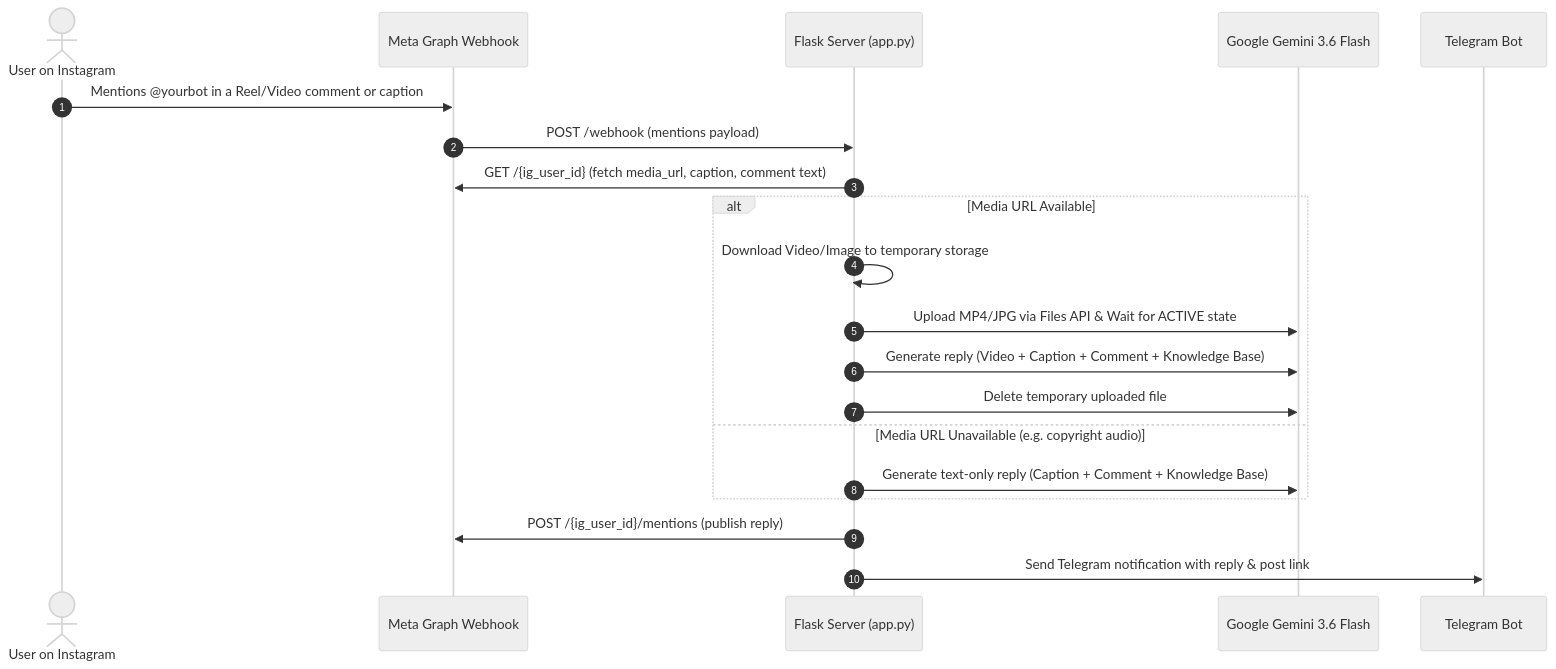
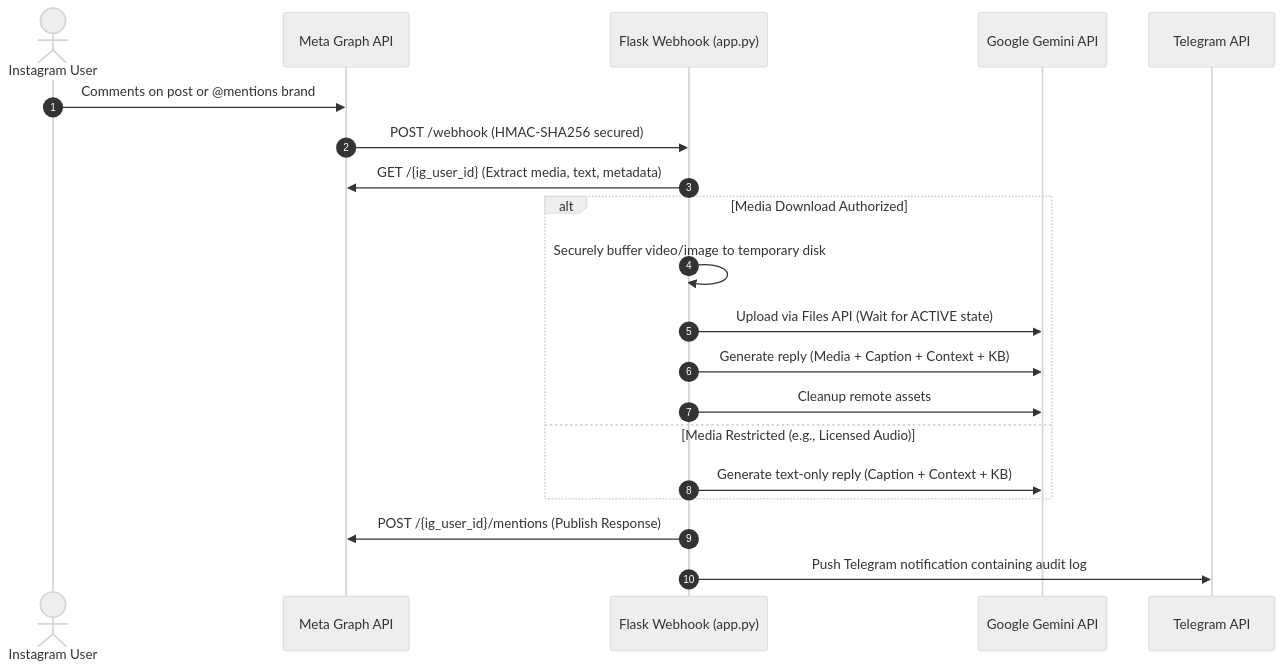
Before and after one commit to AmmarFaizulHasan/Refutation.app: the diagram in README.md, drawn with Mermaid (neutral theme). The commit also changed other lines of this file, not shown here.

````diff
--- a/README.md
+++ b/README.md
@@ -20,23 +34,23 @@
 ```mermaid
 sequenceDiagram
     autonumber
-    actor User as User on Instagram
-    participant Meta as Meta Graph Webhook
-    participant Bot as Flask Server (app.py)
-    participant Gemini as Google Gemini 3.6 Flash
-    participant TG as Telegram Bot
+    actor User as Instagram User
+    participant Meta as Meta Graph API
+    participant Bot as Flask Webhook (app.py)
+    participant Gemini as Google Gemini API
+    participant TG as Telegram API
 
-    User->>Meta: Mentions @yourbot in a Reel/Video comment or caption
-    Meta->>Bot: POST /webhook (mentions payload)
-    Bot->>Meta: GET /{ig_user_id} (fetch media_url, caption, comment text)
-    alt Media URL Available
-        Bot->>Bot: Download Video/Image to temporary storage
-        Bot->>Gemini: Upload MP4/JPG via Files API & Wait for ACTIVE state
-        Bot->>Gemini: Generate reply (Video + Caption + Comment + Knowledge Base)
-        Bot->>Gemini: Delete temporary uploaded file
-    else Media URL Unavailable (e.g. copyright audio)
-        Bot->>Gemini: Generate text-only reply (Caption + Comment + Knowledge Base)
+    User->>Meta: Comments on post or @mentions brand
+    Meta->>Bot: POST /webhook (HMAC-SHA256 secured)
+    Bot->>Meta: GET /{ig_user_id} (Extract media, text, metadata)
+    alt Media Download Authorized
+        Bot->>Bot: Securely buffer video/image to temporary disk
+        Bot->>Gemini: Upload via Files API (Wait for ACTIVE state)
+        Bot->>Gemini: Generate reply (Media + Caption + Context + KB)
+        Bot->>Gemini: Cleanup remote assets
+    else Media Restricted (e.g., Licensed Audio)
+        Bot->>Gemini: Generate text-only reply (Caption + Context + KB)
     end
-    Bot->>Meta: POST /{ig_user_id}/mentions (publish reply)
-    Bot->>TG: Send Telegram notification with reply & post link
+    Bot->>Meta: POST /{ig_user_id}/mentions (Publish Response)
+    Bot->>TG: Push Telegram notification containing audit log
 ```
````
